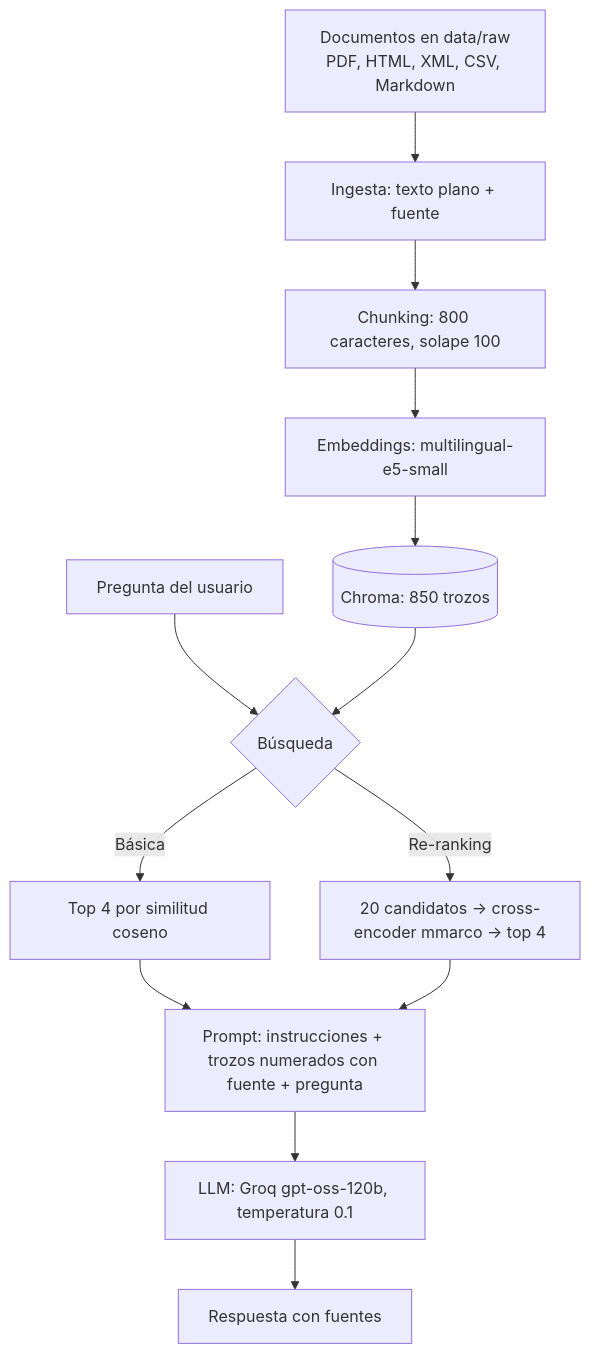
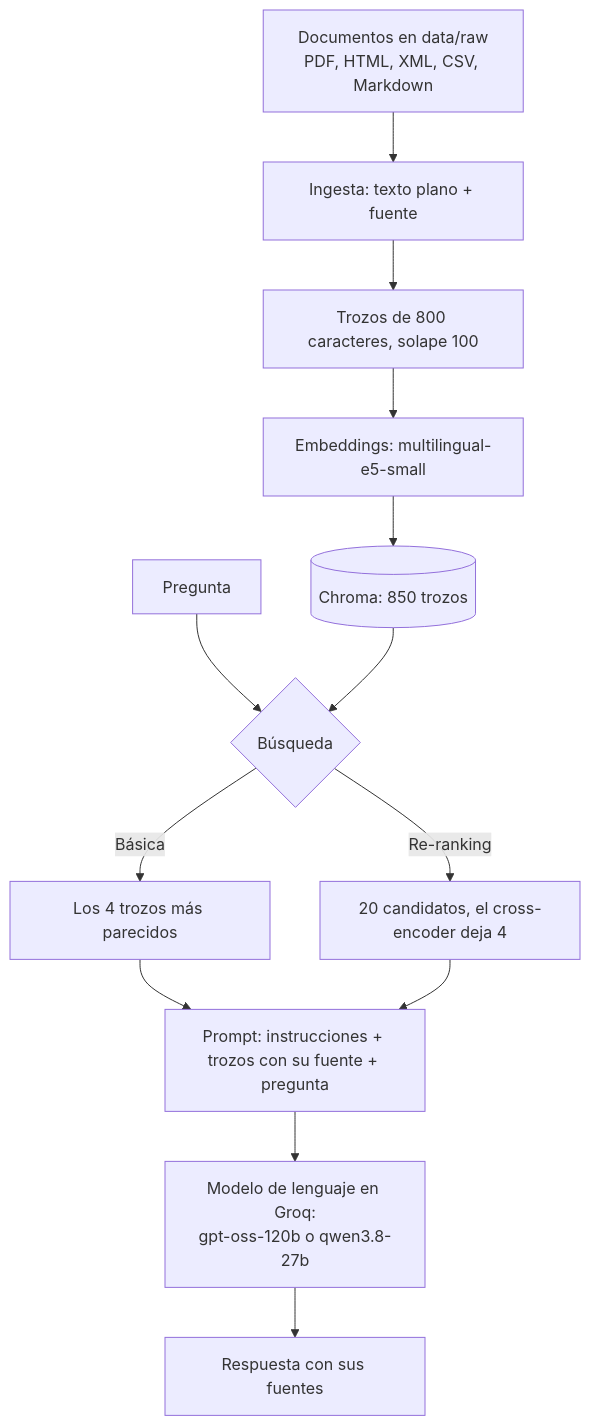
The diagram in README.md (rusamen86/tfm-p2-RAG), drawn with Mermaid before and after one commit. The commit also changed other lines of this file and 1 other file, not shown here.

First line of the commit message:
Reescribir el README y corregir las conclusiones del cuaderno 04

````diff
--- a/README.md
+++ b/README.md
@@ -89,15 +31,15 @@
 ```mermaid
 flowchart TD
     A[Documentos en data/raw<br>PDF, HTML, XML, CSV, Markdown] --> B[Ingesta: texto plano + fuente]
-    B --> C[Chunking: 800 caracteres, solape 100]
+    B --> C[Trozos de 800 caracteres, solape 100]
     C --> D[Embeddings: multilingual-e5-small]
     D --> E[(Chroma: 850 trozos)]
-    Q[Pregunta del usuario] --> F{Búsqueda}
+    Q[Pregunta] --> F{Búsqueda}
     E --> F
-    F -->|Básica| G[Top 4 por similitud coseno]
-    F -->|Re-ranking| H[20 candidatos → cross-encoder mmarco → top 4]
-    G --> I[Prompt: instrucciones + trozos numerados con fuente + pregunta]
+    F -->|Básica| G[Los 4 trozos más parecidos]
+    F -->|Re-ranking| H[20 candidatos, el cross-encoder deja 4]
+    G --> I[Prompt: instrucciones + trozos con su fuente + pregunta]
     H --> I
-    I --> J[LLM: Groq gpt-oss-120b, temperatura 0.1]
-    J --> K[Respuesta con fuentes]
+    I --> J[Modelo de lenguaje en Groq:<br>gpt-oss-120b o qwen3.8-27b]
+    J --> K[Respuesta con sus fuentes]
 ```
````
